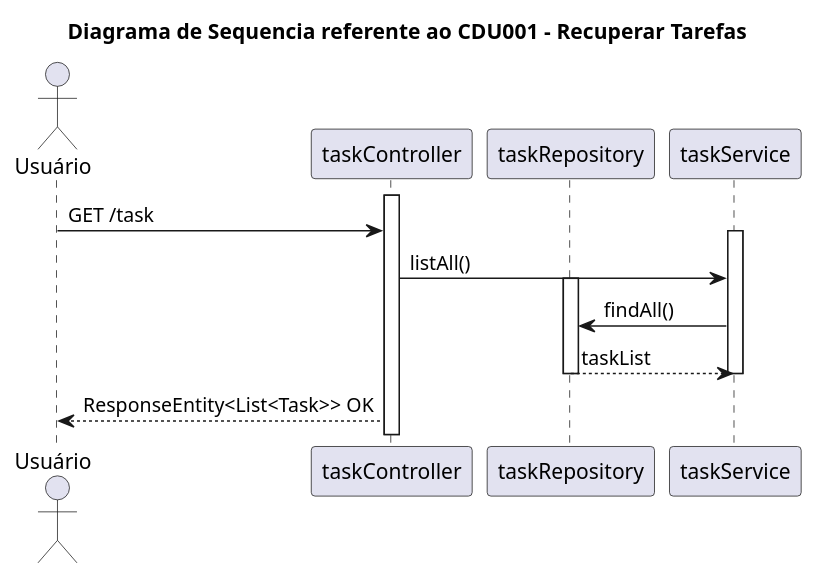
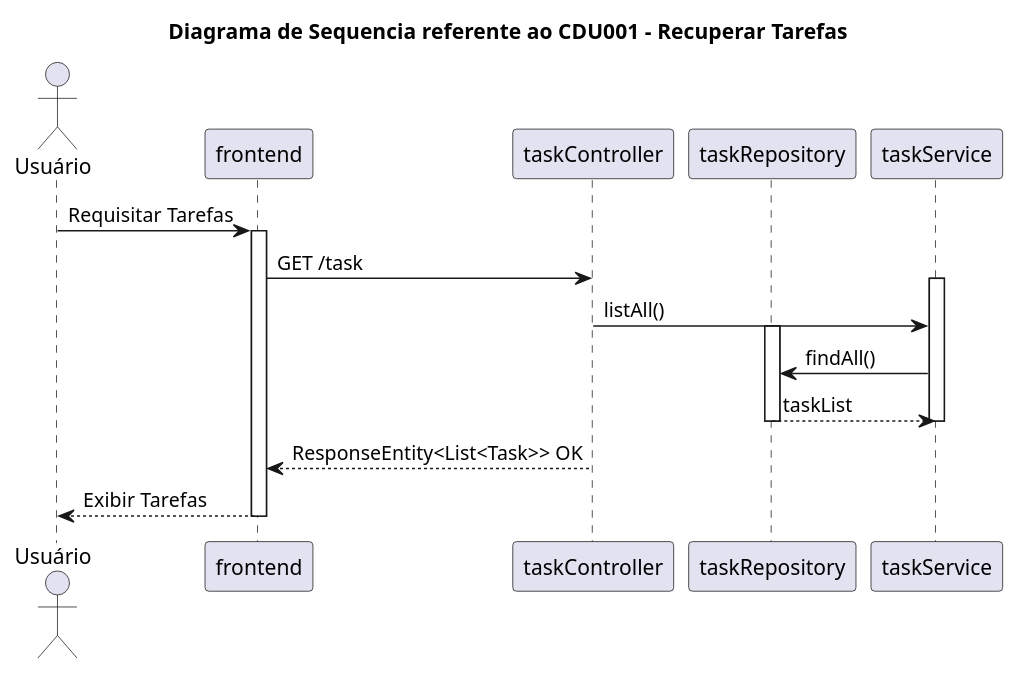
Before and after one commit to ThiagoPerdigao/LabDeSoft-ToDoList: the diagram in c4model/diagramaSequenciaCDU001.puml, drawn with PlantUML. The commit also changed 5 other files, not shown here.

Commit message:
fix cors block + att diagramas

```diff
--- a/c4model/diagramaSequenciaCDU001.puml
+++ b/c4model/diagramaSequenciaCDU001.puml
@@ -1,22 +1,25 @@
 @startuml
 title Diagrama de Sequencia referente ao CDU001 - Recuperar Tarefas
 
 actor Usuário
+participant frontend
 participant taskController
 participant taskRepository
 participant taskService
 
-activate taskController
-
-Usuário -> taskController: GET /task
+Usuário -> frontend: Requisitar Tarefas
+activate frontend
+frontend -> taskController: GET /task
 activate taskService
 taskController -> taskService: listAll()
 activate taskRepository
 taskService -> taskRepository: findAll()
 taskRepository --> taskService: taskList
 deactivate taskRepository
 deactivate taskService
-taskController --> Usuário: ResponseEntity<List<Task>> OK
-
+taskController --> frontend: ResponseEntity<List<Task>> OK
+deactivate taskController
+frontend --> Usuário: Exibir Tarefas
+deactivate frontend
 
 @enduml
```
